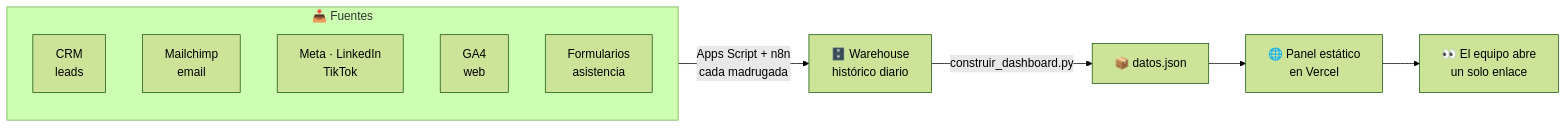
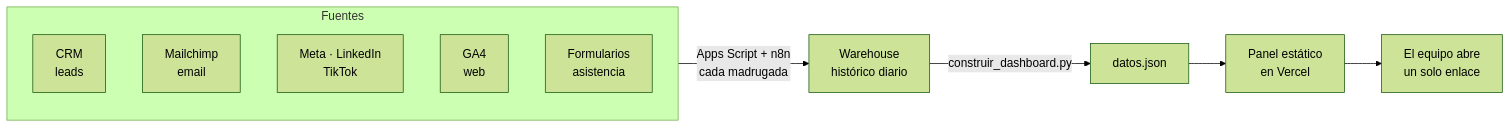
The first of 2 diagrams in README.md (danielyatacoblas/panel-kpis-ong), drawn with Mermaid (forest theme) before and after one commit. The commit also changed other lines of this file and 5 other files, not shown here.

````diff
--- a/README.md
+++ b/README.md
@@ -48,14 +48,14 @@
 ```mermaid
 flowchart LR
-    subgraph FUENTES ["📥 Fuentes"]
+    subgraph FUENTES [" Fuentes"]
         A["CRM<br/>leads"]
         B["Mailchimp<br/>email"]
         C["Meta · LinkedIn<br/>TikTok"]
         D["GA4<br/>web"]
         E["Formularios<br/>asistencia"]
     end
-    FUENTES -->|Apps Script + n8n<br/>cada madrugada| W["🗄️ Warehouse<br/>histórico diario"]
-    W -->|construir_dashboard.py| J["📦 datos.json"]
-    J --> V["🌐 Panel estático<br/>en Vercel"]
-    V --> U["👀 El equipo abre<br/>un solo enlace"]
+    FUENTES -->|Apps Script + n8n<br/>cada madrugada| W[" Warehouse<br/>histórico diario"]
+    W -->|construir_dashboard.py| J[" datos.json"]
+    J --> V[" Panel estático<br/>en Vercel"]
+    V --> U[" El equipo abre<br/>un solo enlace"]
 ```
````
